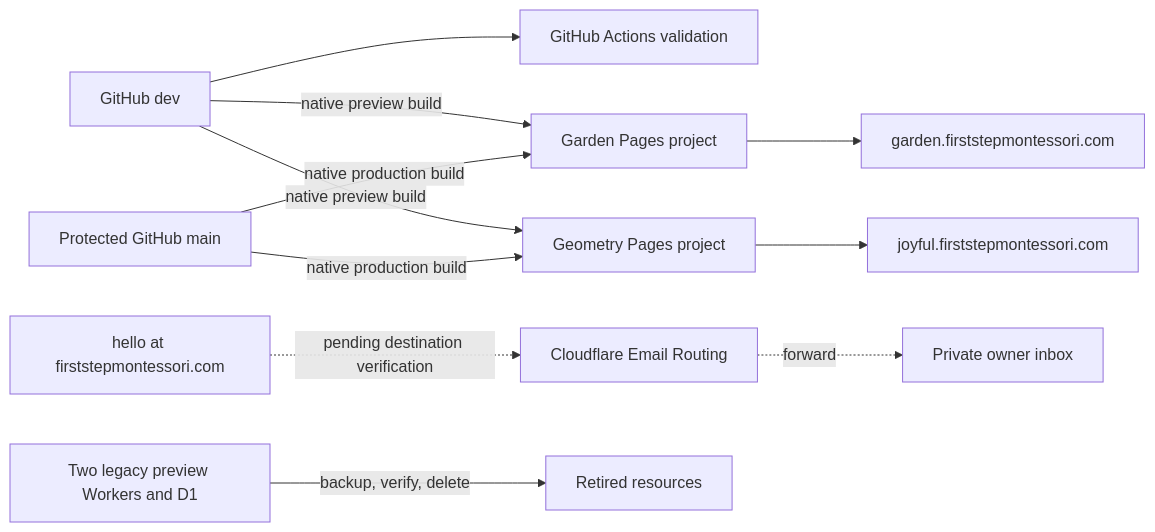
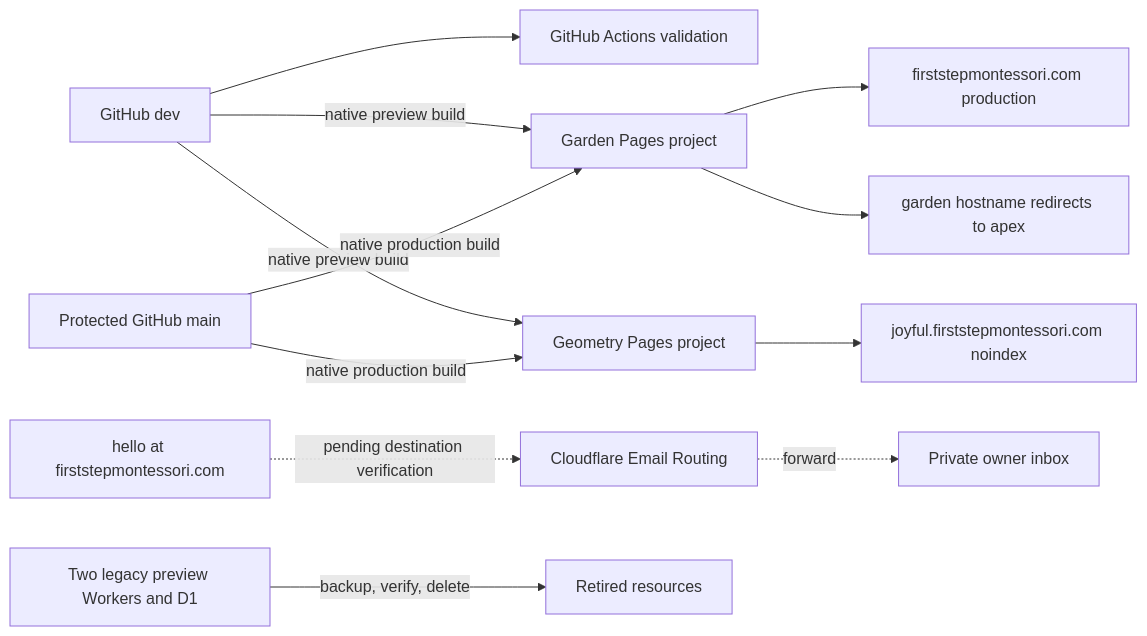
One commit to firststepmontessori/firststepmontessori changed the diagram in docs/20-integrations-deployment-record.md. Above: the diagram before and after it, drawn with Mermaid. The commit also changed other lines of this file and 14 other files, not shown here.

Commit message:
seo: promote garden production contract

````diff
--- a/docs/20-integrations-deployment-record.md
+++ b/docs/20-integrations-deployment-record.md
@@ -10,13 +10,14 @@
 ```mermaid
 flowchart LR
     Dev[GitHub dev] --> Validation[GitHub Actions validation]
     Dev -->|native preview build| Garden[Garden Pages project]
     Dev -->|native preview build| Geometry[Geometry Pages project]
     Main[Protected GitHub main] -->|native production build| Garden
     Main -->|native production build| Geometry
-    Garden --> GardenURL[garden.firststepmontessori.com]
-    Geometry --> GeometryURL[joyful.firststepmontessori.com]
+    Garden --> Apex[firststepmontessori.com production]
+    Garden --> GardenURL[garden hostname redirects to apex]
+    Geometry --> GeometryURL[joyful.firststepmontessori.com noindex]
     Mail[hello at firststepmontessori.com] -. pending destination verification .-> Route[Cloudflare Email Routing]
     Route -. forward .-> Inbox[Private owner inbox]
     LegacyWorkers[Two legacy preview Workers and D1] -->|backup, verify, delete| Retirement[Retired resources]
 ```
````
